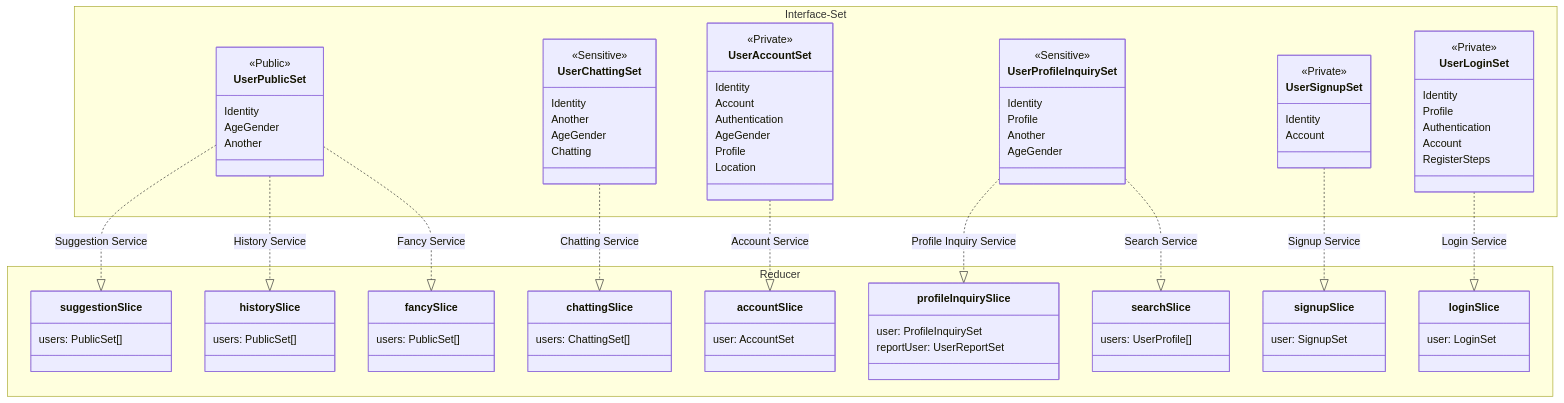
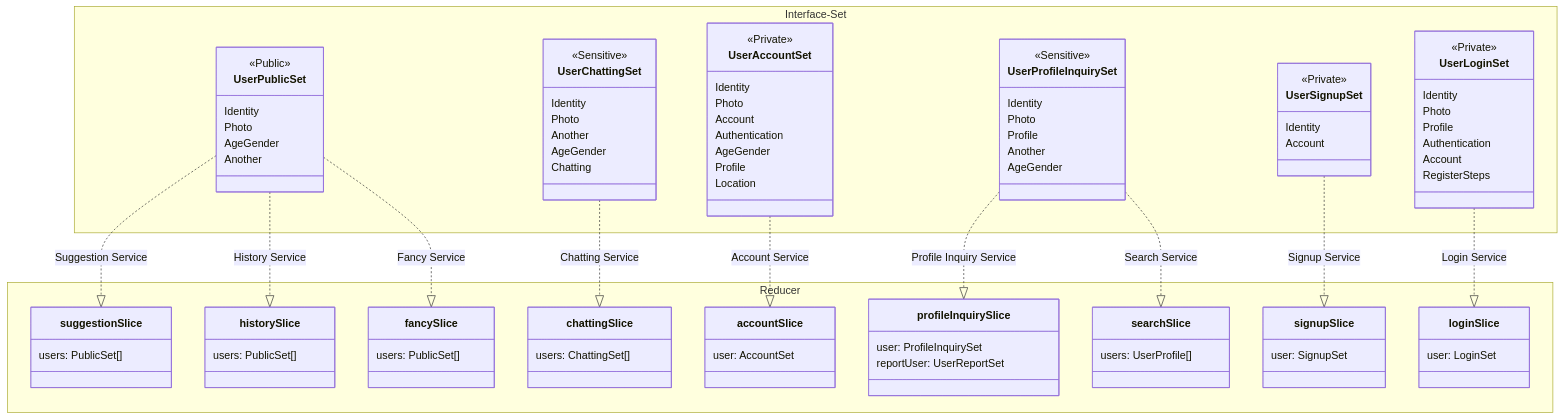
The second of 2 diagrams in app/redux/README.md (42Seoul-Tea42/frontend), drawn with Mermaid before and after one commit. The commit also changed other lines of this file and 4 other files, not shown here.

```diff
--- a/app/redux/README.md
+++ b/app/redux/README.md
@@ -143,6 +147,7 @@
     class UserPublicSet {
         <<Public>>
         Identity
+        Photo
         AgeGender
         Another
     }
@@ -150,6 +155,7 @@
     class UserChattingSet {
         <<Sensitive>>
         Identity
+        Photo
         Another
         AgeGender
         Chatting
@@ -158,6 +164,7 @@
     class UserAccountSet {
         <<Private>>
         Identity
+        Photo
         Account
         Authentication
         AgeGender
@@ -168,6 +175,7 @@
     class UserProfileInquirySet {
         <<Sensitive>>
         Identity
+        Photo
         Profile
         Another
         AgeGender
@@ -182,6 +190,7 @@
     class UserLoginSet {
         <<Private>>
         Identity
+        Photo
         Profile
         Authentication
         Account
```
